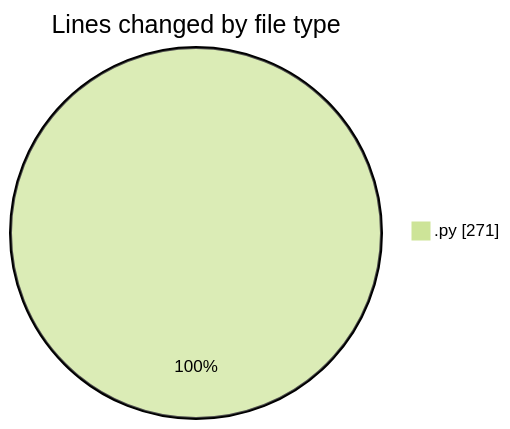
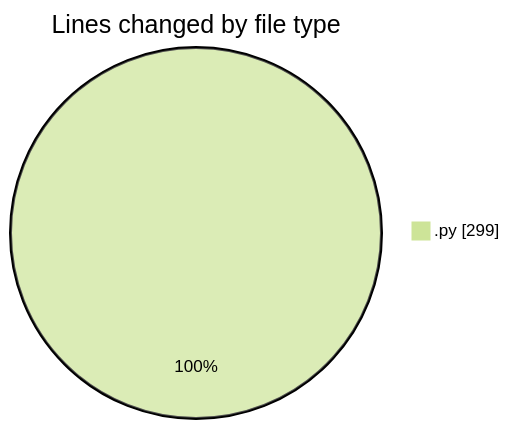
Before and after one commit to momahboobian/code-tracking: the first of 2 diagrams in 2026-07-24/cda/README.md, drawn with Mermaid (forest theme). The commit also changed other lines of this file and 1 other file, not shown here.

````diff
--- a/2026-07-24/cda/README.md
+++ b/2026-07-24/cda/README.md
@@ -20,5 +20,5 @@
 ```mermaid
 pie showData
 title Lines changed by file type
-".py" : 271
+".py" : 299
 ```
````
